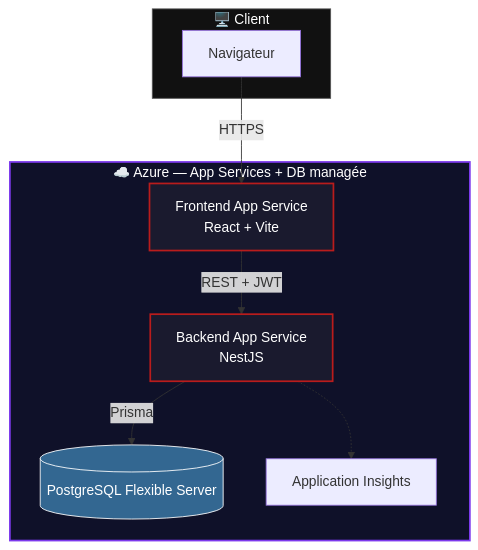
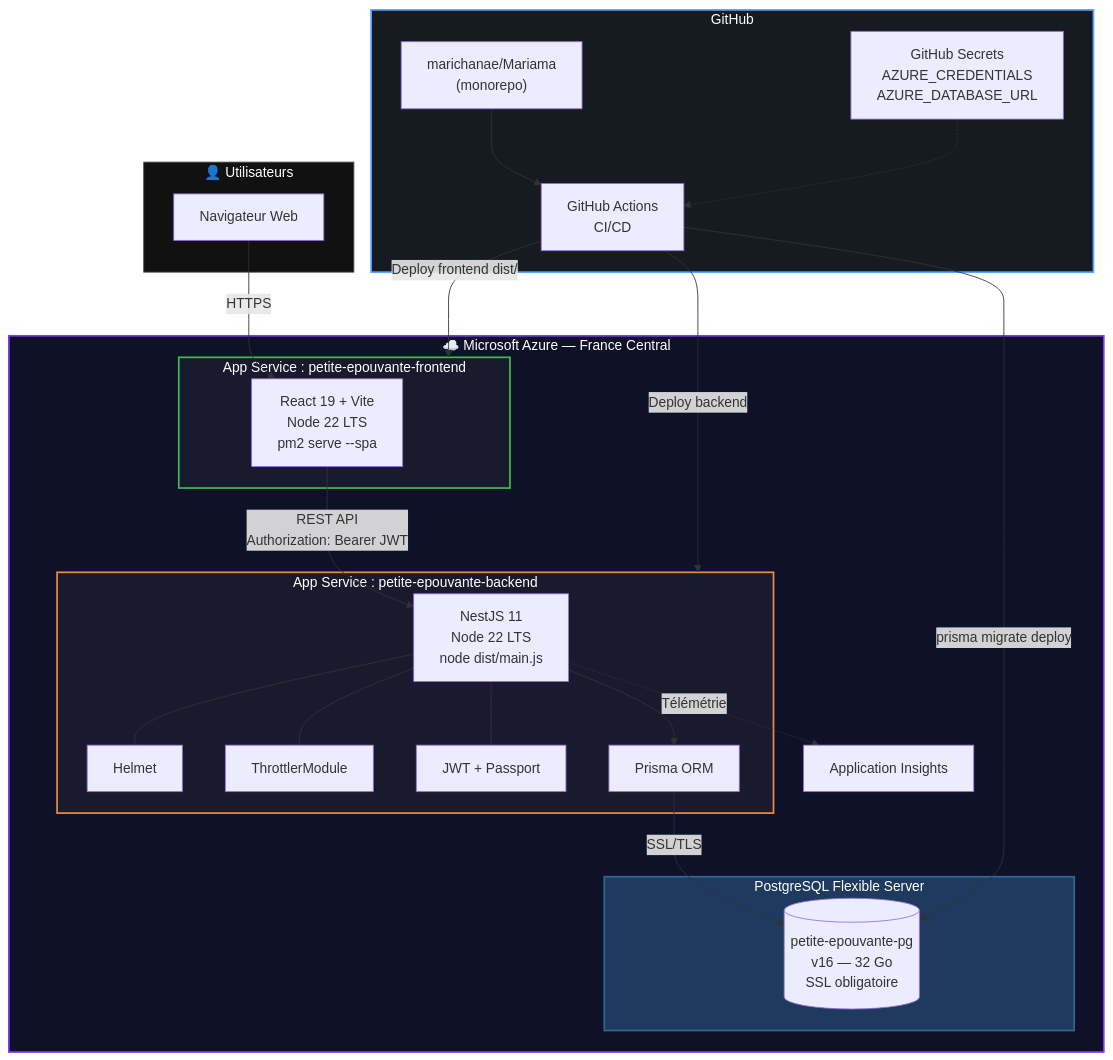
The first of 6 diagrams in documentation/03-schemas-mermaid.md (marichanae/Mariama), drawn with Mermaid before and after one commit. The commit also changed other lines of this file, not shown here.

First line of the commit message:
docs: rewrite all Mermaid diagrams — architecture, CI/CD, JWT+RBAC, DevSecOps, checkout security

````diff
--- a/documentation/03-schemas-mermaid.md
+++ b/documentation/03-schemas-mermaid.md
@@ -4,24 +9,53 @@
 ```mermaid
-graph TB
-  subgraph CLIENT["🖥️ Client"]
-    BROWSER["Navigateur"]
+flowchart TB
+  subgraph USERS["👤 Utilisateurs"]
+    BROWSER["Navigateur Web"]
   end
 
-  subgraph AZURE["☁️ Azure — App Services + DB managée"]
-    FE["Frontend App Service\nReact + Vite"]
-    BE["Backend App Service\nNestJS"]
-    DB[("PostgreSQL Flexible Server")]
+  subgraph GITHUB["GitHub"]
+    REPO["marichanae/Mariama\n(monorepo)"]
+    GHA["GitHub Actions\nCI/CD"]
+    SECRETS["GitHub Secrets\nAZURE_CREDENTIALS\nAZURE_DATABASE_URL"]
+  end
+
+  subgraph AZURE["☁️ Microsoft Azure — France Central"]
+    subgraph FRONTEND_SVC["App Service : petite-epouvante-frontend"]
+      FE["React 19 + Vite\nNode 22 LTS\npm2 serve --spa"]
+    end
+
+    subgraph BACKEND_SVC["App Service : petite-epouvante-backend"]
+      BE["NestJS 11\nNode 22 LTS\nnode dist/main.js"]
+      HELMET["Helmet"]
+      THROTTLE["ThrottlerModule"]
+      JWT["JWT + Passport"]
+      PRISMA["Prisma ORM"]
+    end
+
+    subgraph DB_SVC["PostgreSQL Flexible Server"]
+      DB[("petite-epouvante-pg\nv16 — 32 Go\nSSL obligatoire")]
+    end
+
     INSIGHTS["Application Insights"]
   end
 
-  BROWSER -->|HTTPS| FE
-  FE -->|REST + JWT| BE
-  BE -->|Prisma| DB
-  BE -.-> INSIGHTS
+  BROWSER -->|"HTTPS"| FE
+  FE -->|"REST API\nAuthorization: Bearer JWT"| BE
+  BE --- HELMET
+  BE --- THROTTLE
+  BE --- JWT
+  BE --> PRISMA -->|"SSL/TLS"| DB
+  BE -.->|"Télémétrie"| INSIGHTS
+
+  GHA -->|"Deploy backend"| BACKEND_SVC
+  GHA -->|"Deploy frontend dist/"| FRONTEND_SVC
+  GHA -->|"prisma migrate deploy"| DB
+  REPO --> GHA
+  SECRETS -.-> GHA
 
   style AZURE fill:#0f1129,stroke:#7c3aed,stroke-width:2px,color:#fff
-  style FE fill:#1a1a2e,stroke:#b91c1c,stroke-width:2px,color:#fff
-  style BE fill:#1a1a2e,stroke:#b91c1c,stroke-width:2px,color:#fff
-  style DB fill:#336791,stroke:#fff,color:#fff
-  style CLIENT fill:#111,stroke:#555,color:#fff
+  style FRONTEND_SVC fill:#1a1a2e,stroke:#3fb950,stroke-width:2px,color:#fff
+  style BACKEND_SVC fill:#1a1a2e,stroke:#f0883e,stroke-width:2px,color:#fff
+  style DB_SVC fill:#1e3a5f,stroke:#336791,stroke-width:2px,color:#fff
+  style GITHUB fill:#161b22,stroke:#58a6ff,stroke-width:2px,color:#fff
+  style USERS fill:#111,stroke:#555,color:#fff
 ```
````
